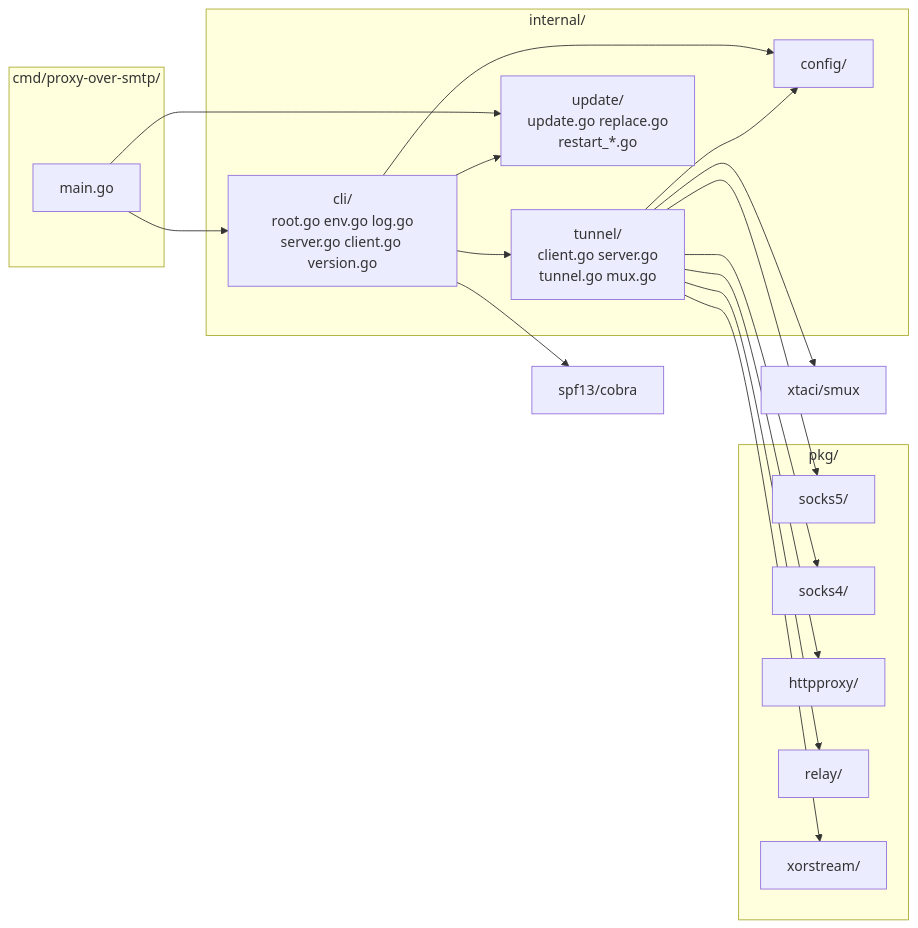
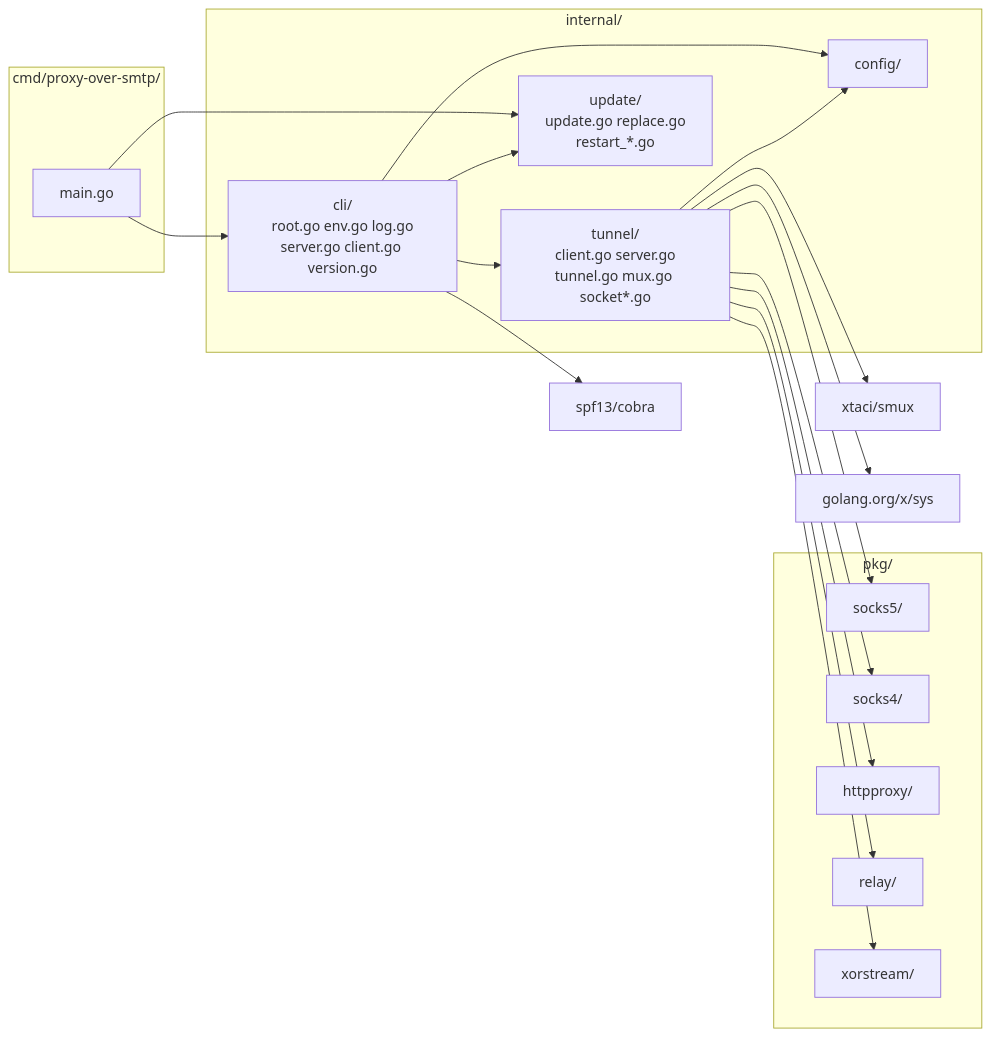
Before and after one commit to dimaskiddo/proxy-over-smtp: the first of 2 diagrams in docs/ARCHITECTURE.md, drawn with Mermaid. The commit also changed other lines of this file and 11 other files, not shown here.

````diff
--- a/docs/ARCHITECTURE.md
+++ b/docs/ARCHITECTURE.md
@@ -9,38 +9,40 @@
 ```mermaid
 graph LR
     subgraph cmd["cmd/proxy-over-smtp/"]
         Main["main.go"]
     end
 
     subgraph internal["internal/"]
         Cli["cli/<br/>root.go env.go log.go<br/>server.go client.go version.go"]
         Config["config/"]
-        Tunnel["tunnel/<br/>client.go server.go<br/>tunnel.go mux.go"]
+        Tunnel["tunnel/<br/>client.go server.go<br/>tunnel.go mux.go socket*.go"]
         Update["update/<br/>update.go replace.go<br/>restart_*.go"]
     end
 
     subgraph pkg["pkg/"]
         Socks5["socks5/"]
         Socks4["socks4/"]
         HTTPProxy["httpproxy/"]
         Relay["relay/"]
         Xor["xorstream/"]
     end
 
     Smux["xtaci/smux"]
     Cobra["spf13/cobra"]
+    Sys["golang.org/x/sys"]
 
     Main --> Cli
     Main --> Update
     Cli --> Update
     Cli --> Config
     Cli --> Tunnel
     Tunnel --> Config
     Tunnel --> Socks5
     Tunnel --> Socks4
     Tunnel --> HTTPProxy
     Tunnel --> Relay
     Tunnel --> Xor
     Tunnel --> Smux
+    Tunnel --> Sys
     Cli --> Cobra
 ```
````
